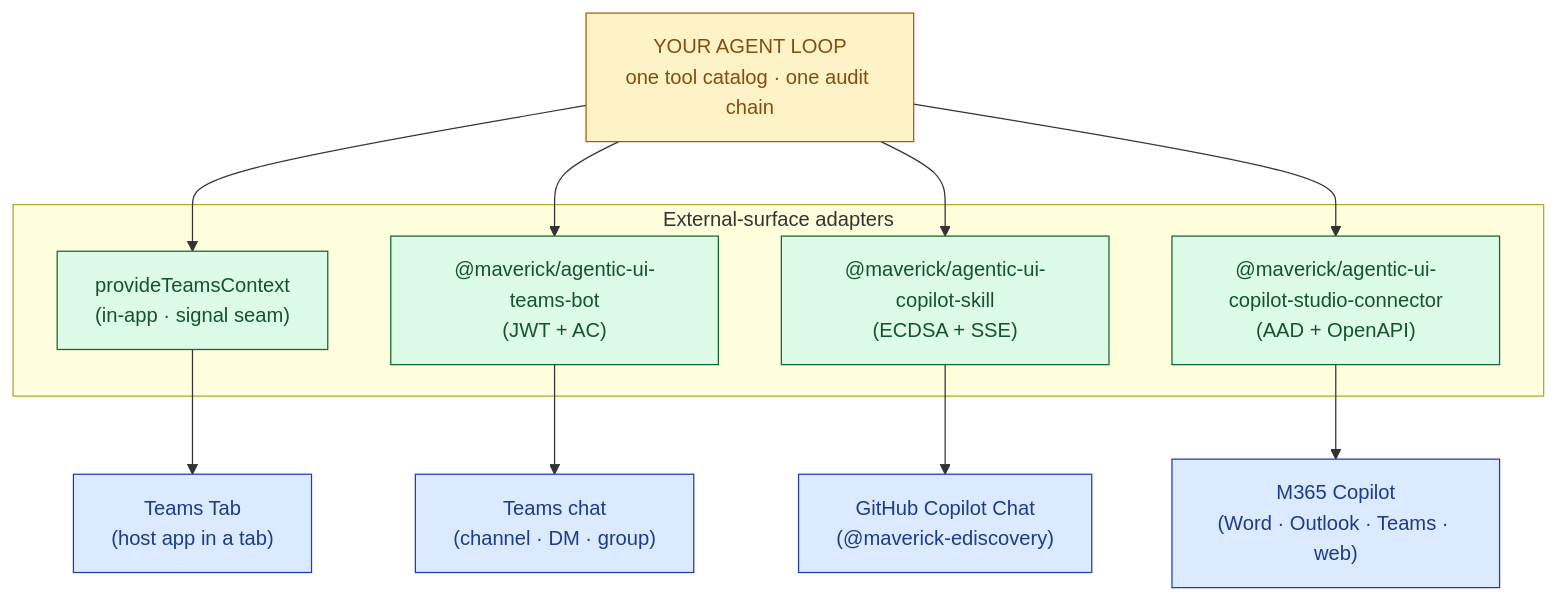
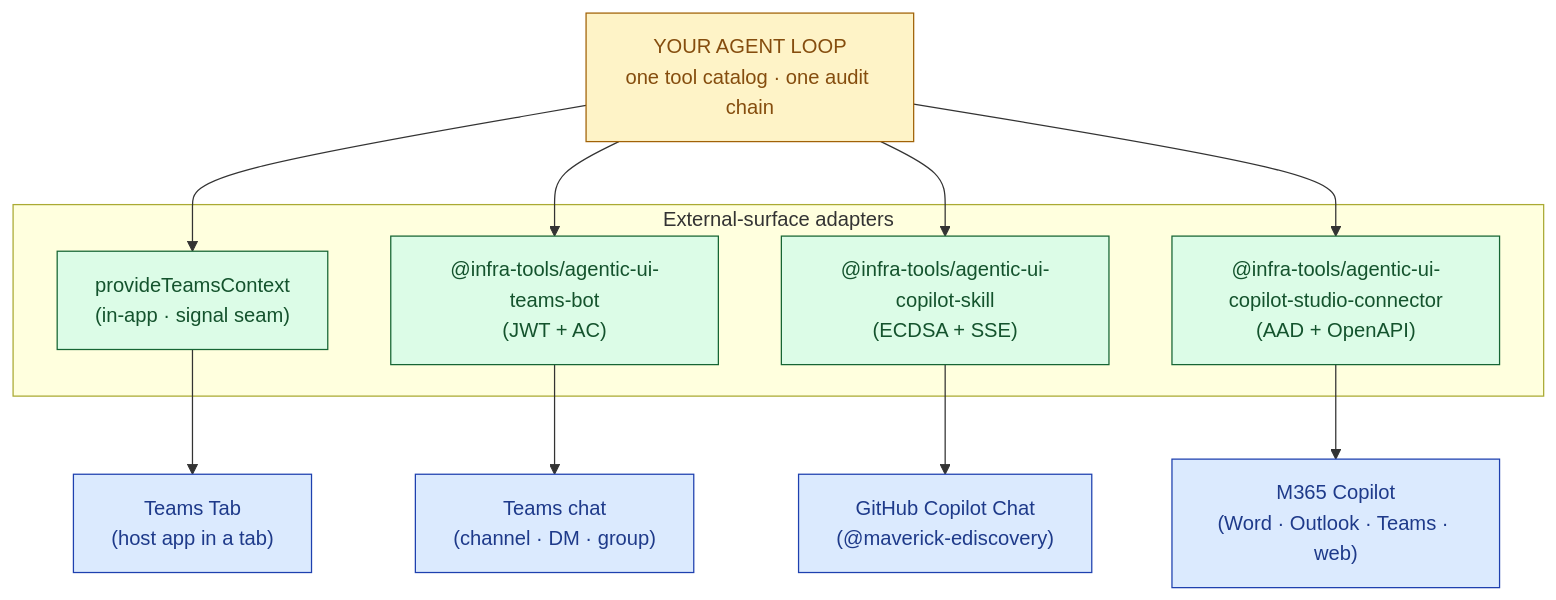
The third of 3 diagrams in README.md (sahassakhare/agentic-ui), drawn with Mermaid before and after one commit. The commit also changed other lines of this file and 260 other files, not shown here.

First line of the commit message:
chore: rename npm scope from @maverick to @infra-tools

````diff
--- a/README.md
+++ b/README.md
@@ -326,26 +326,26 @@
 ```mermaid
 flowchart TB
     classDef agent fill:#fef3c7,stroke:#a16207,stroke-width:1px,color:#854d0e
     classDef adapter fill:#dcfce7,stroke:#166534,stroke-width:1px,color:#14532d
     classDef surface fill:#dbeafe,stroke:#1e40af,stroke-width:1px,color:#1e3a8a
 
     AGENT["YOUR AGENT LOOP<br/>one tool catalog · one audit chain"]:::agent
 
     subgraph ADAPTERS["External-surface adapters"]
         A0["provideTeamsContext<br/>(in-app · signal seam)"]:::adapter
-        A1["@maverick/agentic-ui-teams-bot<br/>(JWT + AC)"]:::adapter
-        A2["@maverick/agentic-ui-copilot-skill<br/>(ECDSA + SSE)"]:::adapter
-        A3["@maverick/agentic-ui-copilot-studio-connector<br/>(AAD + OpenAPI)"]:::adapter
+        A1["@infra-tools/agentic-ui-teams-bot<br/>(JWT + AC)"]:::adapter
+        A2["@infra-tools/agentic-ui-copilot-skill<br/>(ECDSA + SSE)"]:::adapter
+        A3["@infra-tools/agentic-ui-copilot-studio-connector<br/>(AAD + OpenAPI)"]:::adapter
     end
 
     S0["Teams Tab<br/>(host app in a tab)"]:::surface
     S1["Teams chat<br/>(channel · DM · group)"]:::surface
     S2["GitHub Copilot Chat<br/>(@maverick-ediscovery)"]:::surface
     S3["M365 Copilot<br/>(Word · Outlook · Teams · web)"]:::surface
 
     AGENT --> A0 & A1 & A2 & A3
     A0 --> S0
     A1 --> S1
     A2 --> S2
     A3 --> S3
 ```
````
